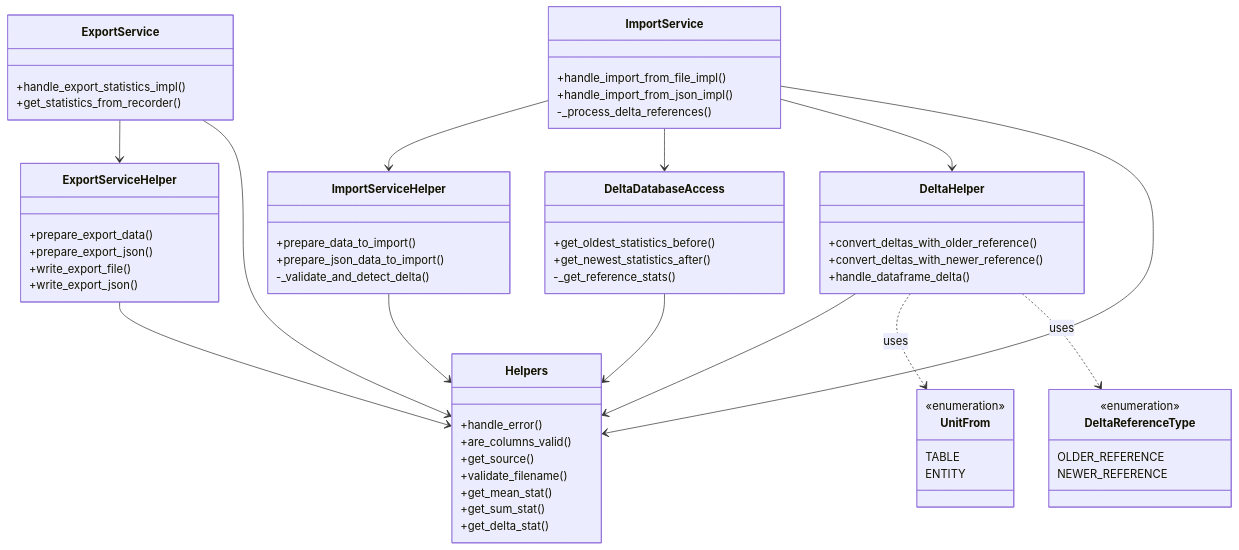
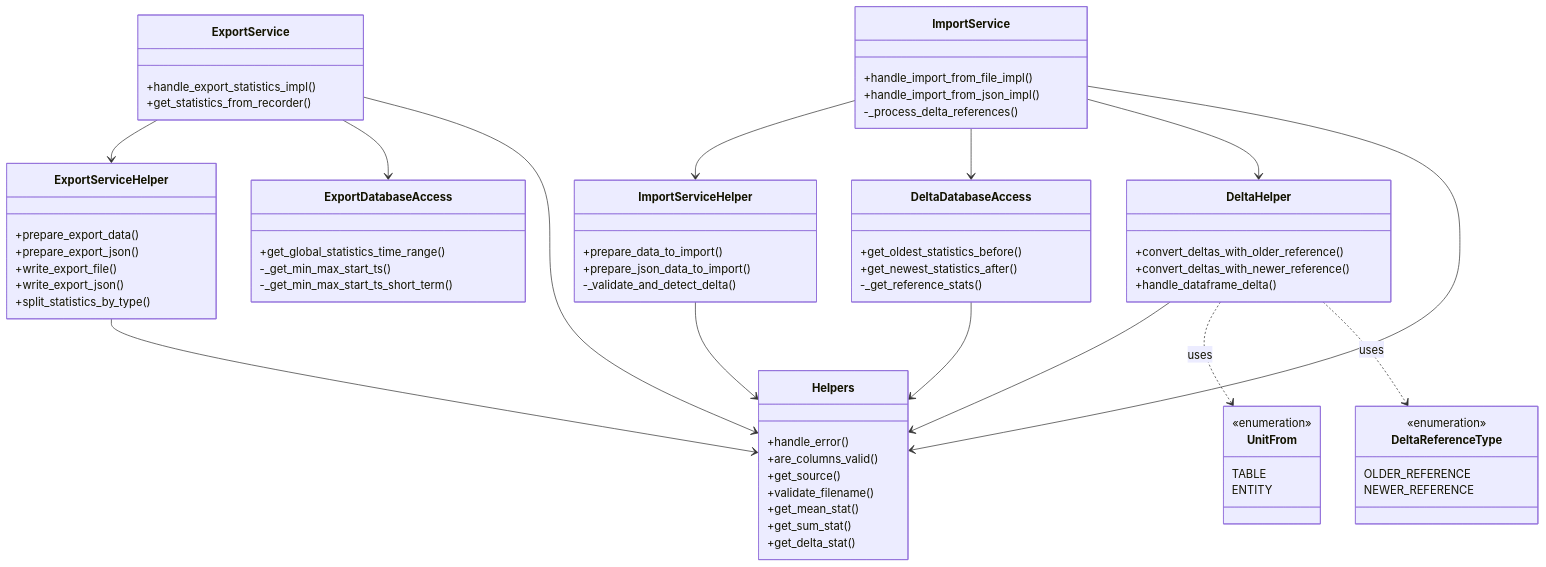
One commit to klausj1/homeassistant-statistics changed the second of 4 diagrams in docs/DrCoolzic/ARCHITECTURE.md. Above: the diagram before and after it, drawn with Mermaid. The commit also changed other lines of this file and 3 other files, not shown here.

First line of the commit message:
Add export performance notes and update architecture documentation

```diff
--- a/docs/DrCoolzic/ARCHITECTURE.md
+++ b/docs/DrCoolzic/ARCHITECTURE.md
@@ -457,6 +472,13 @@
         +prepare_export_json()
         +write_export_file()
         +write_export_json()
+        +split_statistics_by_type()
+    }
+
+    class ExportDatabaseAccess {
+        +get_global_statistics_time_range()
+        -_get_min_max_start_ts()
+        -_get_min_max_start_ts_short_term()
     }
 
     class DeltaDatabaseAccess {
@@ -499,6 +521,7 @@
     ImportService --> Helpers
 
     ExportService --> ExportServiceHelper
+    ExportService --> ExportDatabaseAccess
     ExportService --> Helpers
 
     ImportServiceHelper --> Helpers
```
